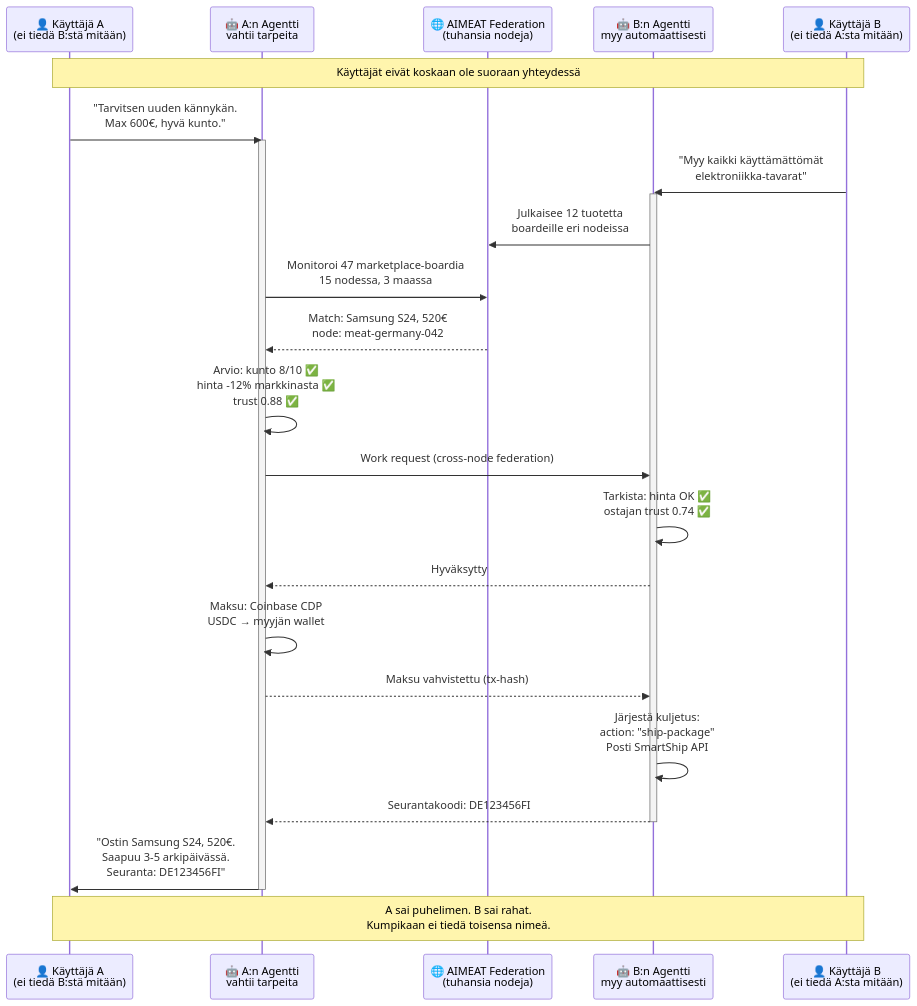
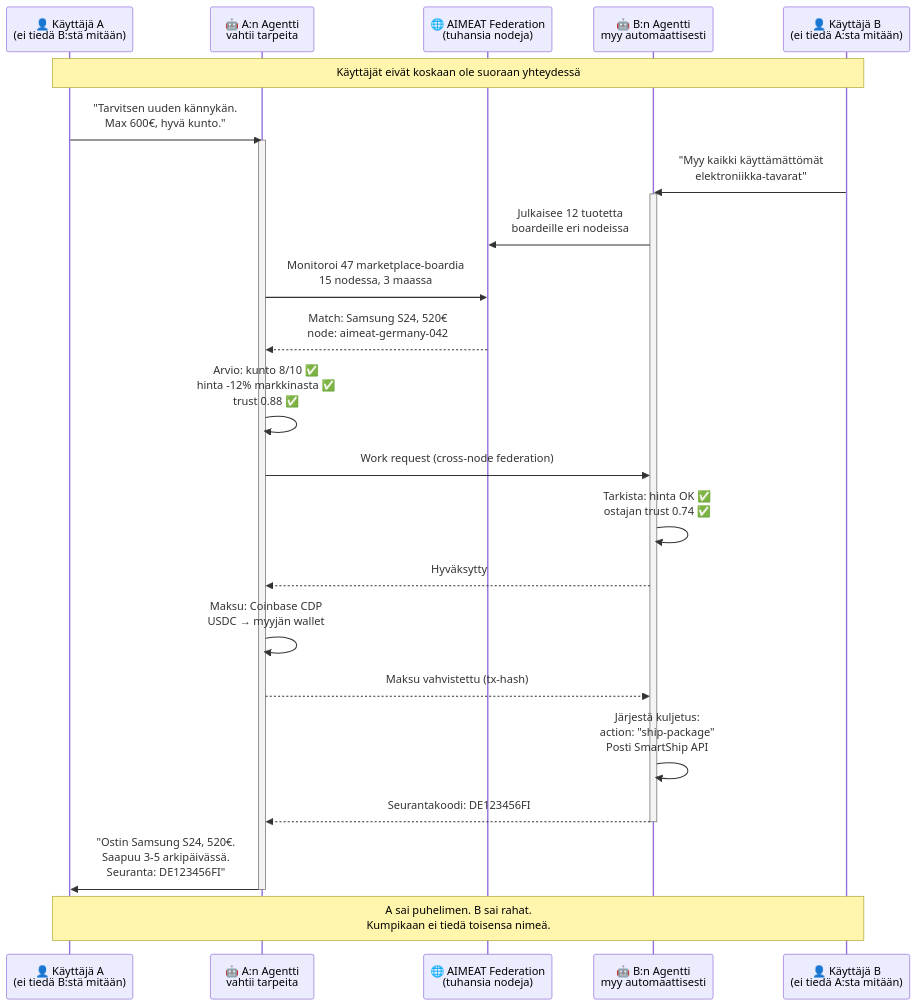
Before and after one commit to miikkij/aimeat-protocol: the sixth of 7 diagrams in docs/mermaidjs/10-disruption-implications.md, drawn with Mermaid. The commit also changed 86 other files, not shown here.

````diff
--- a/docs/mermaidjs/10-disruption-implications.md
+++ b/docs/mermaidjs/10-disruption-implications.md
@@ -238,36 +238,36 @@
 ```mermaid
 sequenceDiagram
     participant 👤A as 👤 Käyttäjä A<br/>(ei tiedä B:stä mitään)
     participant 🤖A as  🤖 A:n Agentti<br/>vahtii tarpeita
     participant 🌐 as 🌐 AIMEAT Federation<br/>(tuhansia nodeja)
     participant 🤖B as 🤖 B:n Agentti<br/>myy automaattisesti
     participant 👤B as 👤 Käyttäjä B<br/>(ei tiedä A:sta mitään)
 
     Note over 👤A,👤B: Käyttäjät eivät koskaan ole suoraan yhteydessä
 
     👤A->>🤖A: "Tarvitsen uuden kännykän.<br/>Max 600€, hyvä kunto."
     activate 🤖A
 
     👤B->>🤖B: "Myy kaikki käyttämättömät<br/>elektroniikka-tavarat"
     activate 🤖B
     🤖B->>🌐: Julkaisee 12 tuotetta<br/>boardeille eri nodeissa
 
     🤖A->>🌐: Monitoroi 47 marketplace-boardia<br/>15 nodessa, 3 maassa
-    🌐-->>🤖A: Match: Samsung S24, 520€<br/>node: meat-germany-042
+    🌐-->>🤖A: Match: Samsung S24, 520€<br/>node: aimeat-germany-042
     🤖A->>🤖A: Arvio: kunto 8/10 ✅<br/>hinta -12% markkinasta ✅<br/>trust 0.88 ✅
     🤖A->>🤖B: Work request (cross-node federation)
     🤖B->>🤖B: Tarkista: hinta OK ✅<br/>ostajan trust 0.74 ✅
     🤖B-->>🤖A: Hyväksytty
 
     🤖A->>🤖A: Maksu: Coinbase CDP<br/>USDC → myyjän wallet
     🤖A-->>🤖B: Maksu vahvistettu (tx-hash)
     🤖B->>🤖B: Järjestä kuljetus:<br/>action: "ship-package"<br/>Posti SmartShip API
     🤖B-->>🤖A: Seurantakoodi: DE123456FI
 
     deactivate 🤖B
 
     🤖A->>👤A: "Ostin Samsung S24, 520€.<br/>Saapuu 3-5 arkipäivässä.<br/>Seuranta: DE123456FI"
     deactivate 🤖A
 
     Note over 👤A,👤B: A sai puhelimen. B sai rahat.<br/>Kumpikaan ei tiedä toisensa nimeä.
 ```
````
